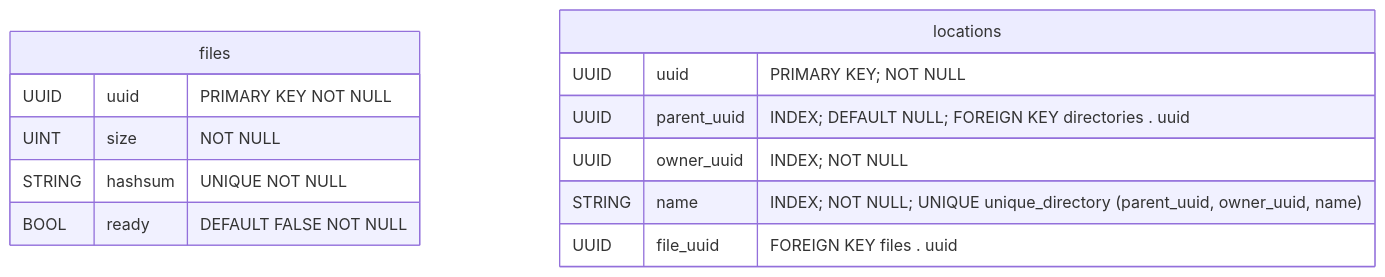
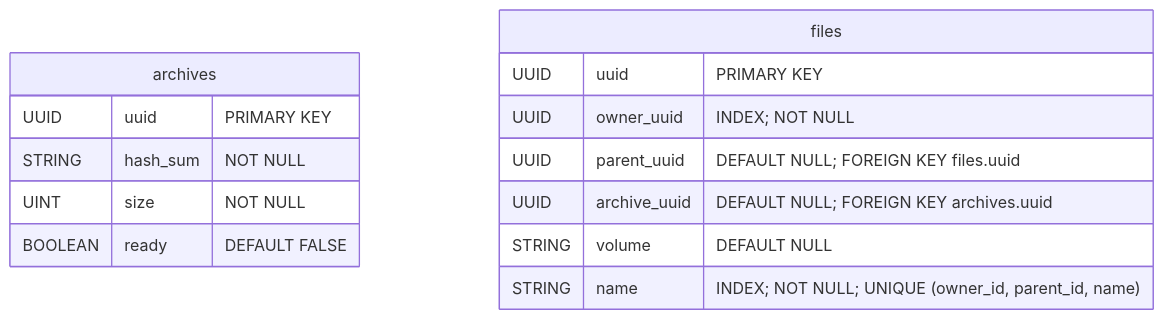
One commit to hawks-atlanta/docs changed the third of 4 diagrams in Database.md. Above: the diagram before and after it, drawn with Mermaid. The commit also changed other lines of this file, not shown here.

````diff
--- a/Database.md
+++ b/Database.md
@@ -74,17 +74,18 @@
 ```mermaid
 erDiagram
-    files {
-    	UUID   uuid    "PRIMARY KEY NOT NULL"
-    	UINT   size    "NOT NULL"
-    	STRING hashsum "UNIQUE NOT NULL"
-    	BOOL   ready   "DEFAULT FALSE NOT NULL"
-    }
-    
-    locations {
-    	UUID   uuid         "PRIMARY KEY; NOT NULL"
-    	UUID   parent_uuid  "INDEX; DEFAULT NULL; FOREIGN KEY directories . uuid"
-    	UUID   owner_uuid   "INDEX; NOT NULL"
-    	STRING name         "INDEX; NOT NULL; UNIQUE unique_directory (parent_uuid, owner_uuid, name)"
-    	UUID   file_uuid    "FOREIGN KEY files . uuid"
-    }
+	archives {
+		UUID    uuid        "PRIMARY KEY"
+		STRING  hash_sum    "NOT NULL"
+		UINT    size        "NOT NULL"
+		BOOLEAN ready       "DEFAULT FALSE"
+	}
+
+	files {
+		UUID    uuid            "PRIMARY KEY"
+		UUID    owner_uuid      "INDEX; NOT NULL"
+		UUID    parent_uuid     "DEFAULT NULL; FOREIGN KEY files.uuid"
+		UUID    archive_uuid    "DEFAULT NULL; FOREIGN KEY archives.uuid"
+		STRING  volume          "DEFAULT NULL"
+		STRING  name            "INDEX; NOT NULL; UNIQUE (owner_id, parent_id, name)"
+	}
 ```
````
